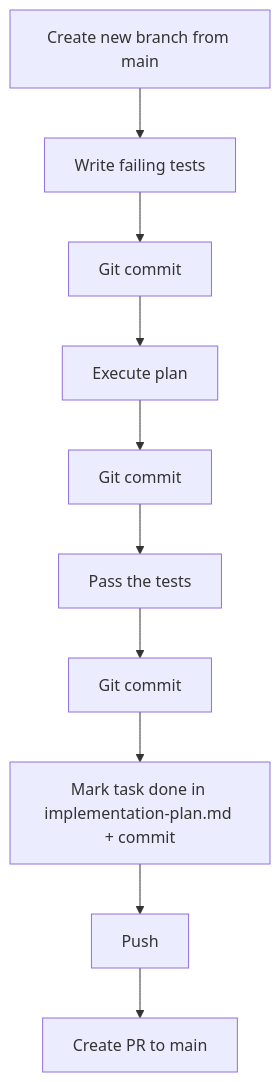
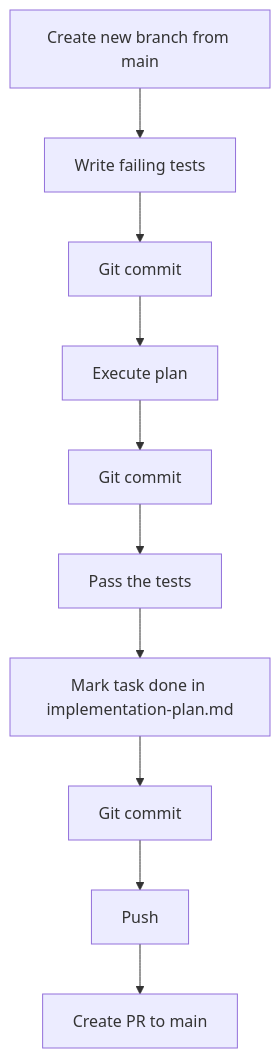
One commit to doccerz/iam-microservice changed the first of 3 diagrams in CLAUDE.md. Above: the diagram before and after it, drawn with Mermaid. The commit also changed 1 other file, not shown here.

Commit message:
update artifacts and workflow

````diff
--- a/CLAUDE.md
+++ b/CLAUDE.md
@@ -108,12 +108,12 @@
 ```mermaid
 graph TD
     Z[Create new branch from main] --> A[Write failing tests]
     A --> B[Git commit]
     B --> C[Execute plan]
     C --> D[Git commit]
     D --> E[Pass the tests]
-    E --> F[Git commit]
-    F --> G[Mark task done in implementation-plan.md + commit]
+    E --> F[Mark task done in implementation-plan.md]
+    F --> G[Git commit]
     G --> H[Push]
     H --> I[Create PR to main]
 ```
````
